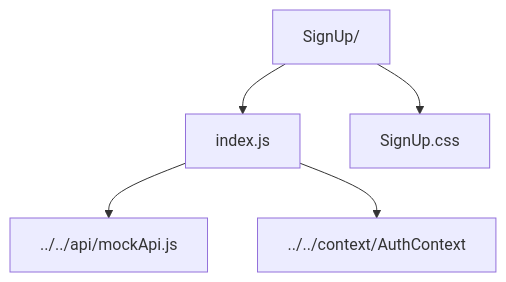
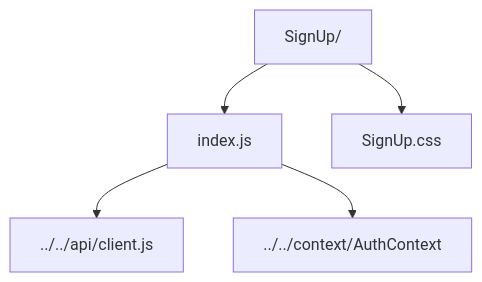
Before and after one commit to BradleyMatera/car-match: the diagram in frontend/src/components/SignUp/README.md, drawn with Mermaid. The commit also changed 19 other files, not shown here.

````diff
--- a/frontend/src/components/SignUp/README.md
+++ b/frontend/src/components/SignUp/README.md
@@ -5,7 +5,7 @@
 ```mermaid
 graph TD
   SignUpDir[SignUp/] --> Index[index.js]
   SignUpDir --> Styles[SignUp.css]
-  Index --> MockApi[../../api/mockApi.js]
+  Index --> ApiClient[../../api/client.js]
   Index --> AuthCtx[../../context/AuthContext]
 ```
````
